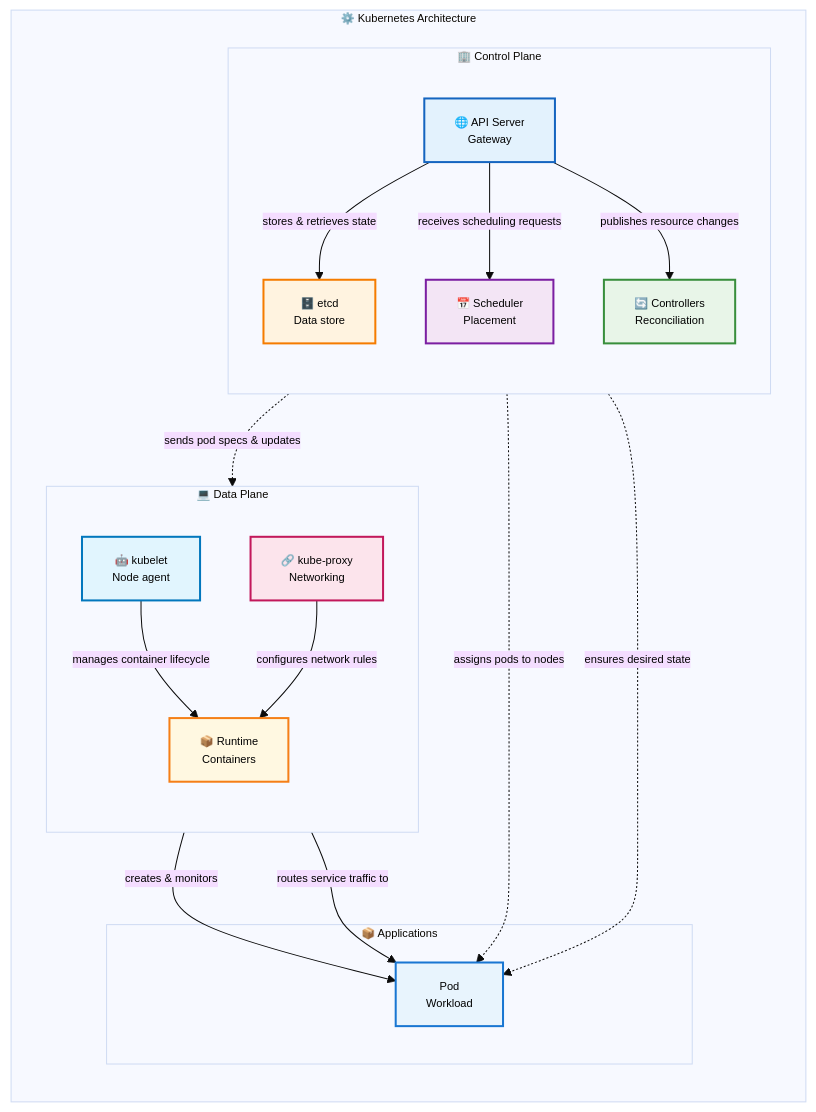
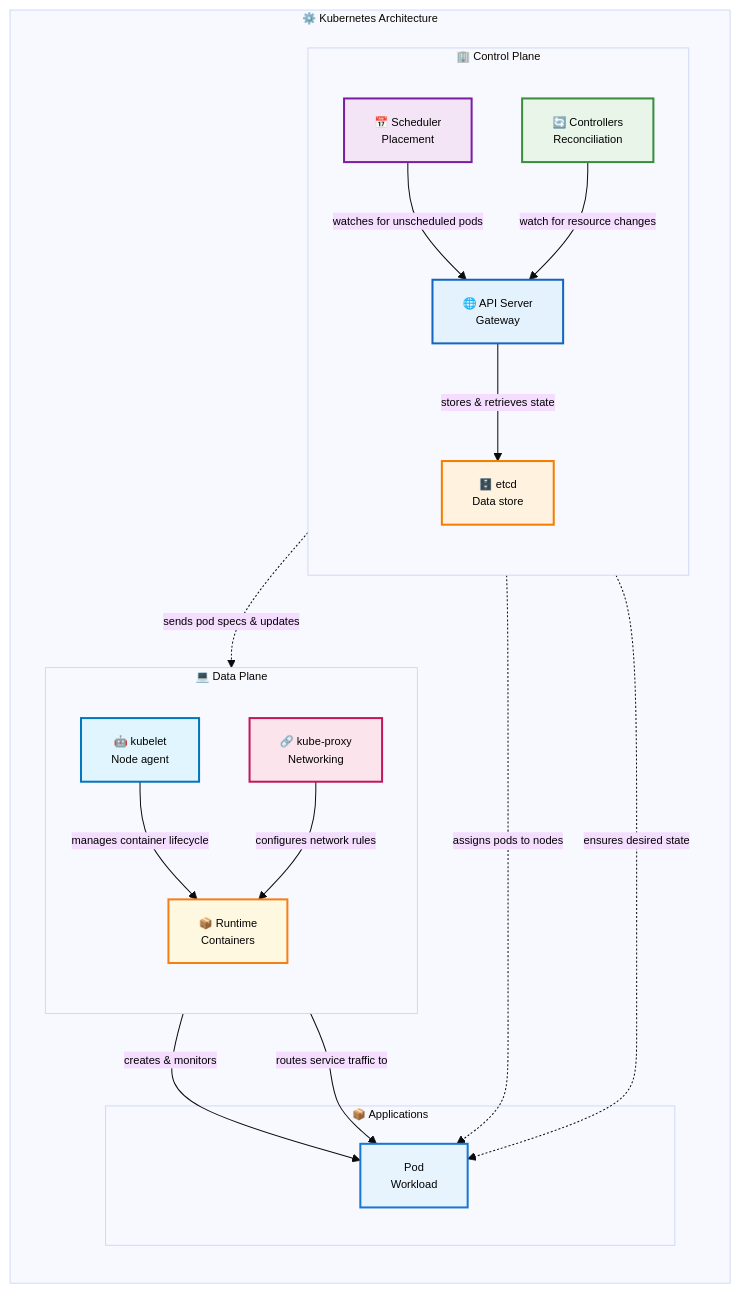
One commit to razkevich/system_design_course changed the diagram in 1.4_distributed_systems/kubernetes_architecture.md. Above: the diagram before and after it, drawn with Mermaid.

Commit message:
exactly once

````diff
--- a/1.4_distributed_systems/kubernetes_architecture.md
+++ b/1.4_distributed_systems/kubernetes_architecture.md
@@ -21,48 +21,48 @@
 ```mermaid
 %%{init: {'theme':'base', 'themeVariables': { 'primaryTextColor': '#000', 'fontSize': '11px'}}}%%
 flowchart LR
     subgraph "⚙️ Kubernetes Architecture"
         
         subgraph CP ["🏢 Control Plane"]
             direction TB
             APIServer["🌐 API Server<br/>Gateway"]
             etcd["🗄️ etcd<br/>Data store"]
             Scheduler["📅 Scheduler<br/>Placement"]
             Controllers["🔄 Controllers<br/>Reconciliation"]
             
             APIServer -->|"stores & retrieves state"| etcd
-            APIServer -->|"receives scheduling requests"| Scheduler
-            APIServer -->|"publishes resource changes"| Controllers
+            Scheduler -->|"watches for unscheduled pods"| APIServer
+            Controllers -->|"watch for resource changes"| APIServer
         end
         
         subgraph DP ["💻 Data Plane"]
             direction TB
             Kubelet["🤖 kubelet<br/>Node agent"]
             KubeProxy["🔗 kube-proxy<br/>Networking"]  
             Runtime["📦 Runtime<br/>Containers"]
             
             Kubelet -->|"manages container lifecycle"| Runtime
             KubeProxy -->|"configures network rules"| Runtime
         end
         
         subgraph Apps ["📦 Applications"]
             Pod["Pod<br/>Workload"]
         end
         
         %% Cross-plane communication
         APIServer -.->|"sends pod specs & updates"| Kubelet
         Scheduler -.->|"assigns pods to nodes"| Pod
         Controllers -.->|"ensures desired state"| Pod
         Kubelet -->|"creates & monitors"| Pod
         KubeProxy -->|"routes service traffic to"| Pod
     end
     
     style APIServer fill:#e3f2fd,stroke:#1565c0,stroke-width:2px,color:#000
     style etcd fill:#fff3e0,stroke:#f57c00,stroke-width:2px,color:#000
     style Scheduler fill:#f3e5f5,stroke:#7b1fa2,stroke-width:2px,color:#000
     style Controllers fill:#e8f5e8,stroke:#388e3c,stroke-width:2px,color:#000
     style Kubelet fill:#e1f5fe,stroke:#0277bd,stroke-width:2px,color:#000
     style KubeProxy fill:#fce4ec,stroke:#c2185b,stroke-width:2px,color:#000
     style Runtime fill:#fff8e1,stroke:#f57f17,stroke-width:2px,color:#000
     style Pod fill:#e8f4fd,stroke:#1976d2,stroke-width:2px,color:#000
 ```
````
